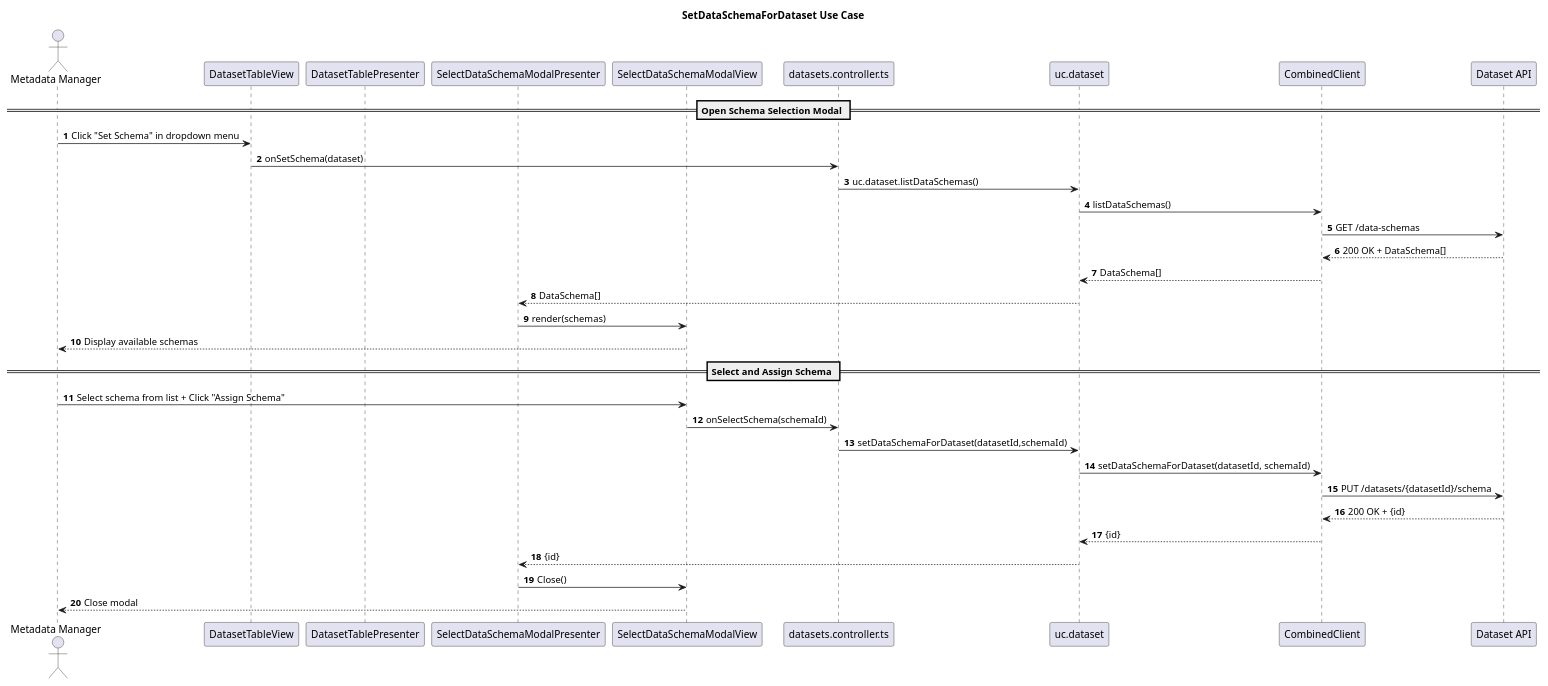
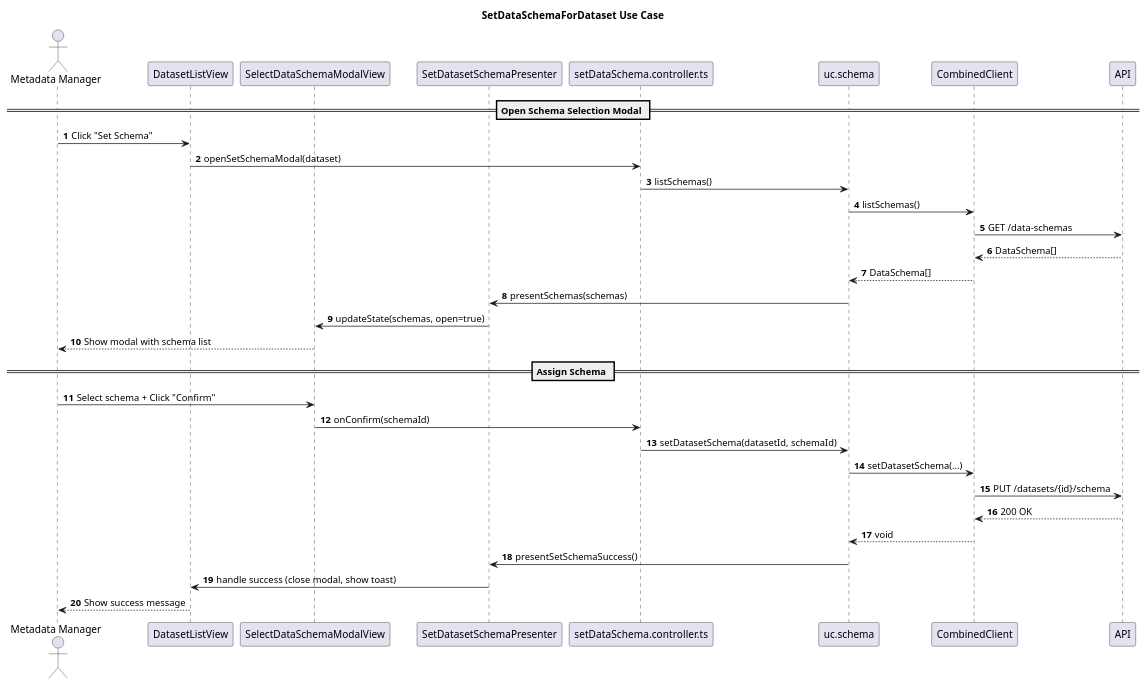
The diagram in diagrams/sequence/setDataSchema.puml (POP2025-EEPW/doorce-frontend), drawn with PlantUML before and after one commit. The commit also changed 11 other files, not shown here.

Commit message:
feat: adddataschema,getdataschemalist

```diff
--- a/diagrams/sequence/setDataSchema.puml
+++ b/diagrams/sequence/setDataSchema.puml
@@ -1,42 +1,39 @@
 @startuml
 title SetDataSchemaForDataset Use Case
 autonumber
 
 actor "Metadata Manager" as User
 
-participant "DatasetTableView" as TableView
-participant "DatasetTablePresenter" as TablePresenter
-participant "SelectDataSchemaModalPresenter" as ModalPresenter
+participant "DatasetListView" as View
 participant "SelectDataSchemaModalView" as ModalView
-participant "datasets.controller.ts" as Controller
-participant "uc.dataset" as UseCase
+participant "SetDatasetSchemaPresenter" as Presenter
+participant "setDataSchema.controller.ts" as Controller
+participant "uc.schema" as UseCase
 participant "CombinedClient" as Client
-participant "Dataset API" as API
+participant "API" as Http
 
 == Open Schema Selection Modal ==
-User -> TableView : Click "Set Schema" in dropdown menu
-TableView -> Controller : onSetSchema(dataset)
-Controller -> UseCase : uc.dataset.listDataSchemas()
-UseCase -> Client : listDataSchemas()
-Client -> API : GET /data-schemas
-API --> Client : 200 OK + DataSchema[]
+User -> View : Click "Set Schema"
+View -> Controller : openSetSchemaModal(dataset)
+Controller -> UseCase : listSchemas()
+UseCase -> Client : listSchemas()
+Client -> Http : GET /data-schemas
+Http --> Client : DataSchema[]
 Client --> UseCase : DataSchema[]
-UseCase --> ModalPresenter : DataSchema[]
-ModalPresenter -> ModalView : render(schemas)
-ModalView --> User : Display available schemas
+UseCase -> Presenter : presentSchemas(schemas)
+Presenter -> ModalView : updateState(schemas, open=true)
+ModalView --> User : Show modal with schema list
 
-== Select and Assign Schema ==
-User -> ModalView : Select schema from list + Click "Assign Schema"
-
-ModalView -> Controller : onSelectSchema(schemaId)
-Controller -> UseCase : setDataSchemaForDataset(datasetId,schemaId)
-UseCase -> Client : setDataSchemaForDataset(datasetId, schemaId)
-Client -> API : PUT /datasets/{datasetId}/schema
-API --> Client : 200 OK + {id}
-Client --> UseCase : {id}
-UseCase --> ModalPresenter : {id}
-ModalPresenter -> ModalView : Close()
-ModalView --> User : Close modal
-
+== Assign Schema ==
+User -> ModalView : Select schema + Click "Confirm"
+ModalView -> Controller : onConfirm(schemaId)
+Controller -> UseCase : setDatasetSchema(datasetId, schemaId)
+UseCase -> Client : setDatasetSchema(...)
+Client -> Http : PUT /datasets/{id}/schema
+Http --> Client : 200 OK
+Client --> UseCase : void
+UseCase -> Presenter : presentSetSchemaSuccess()
+Presenter -> View : handle success (close modal, show toast)
+View --> User : Show success message
 
 @enduml
```
